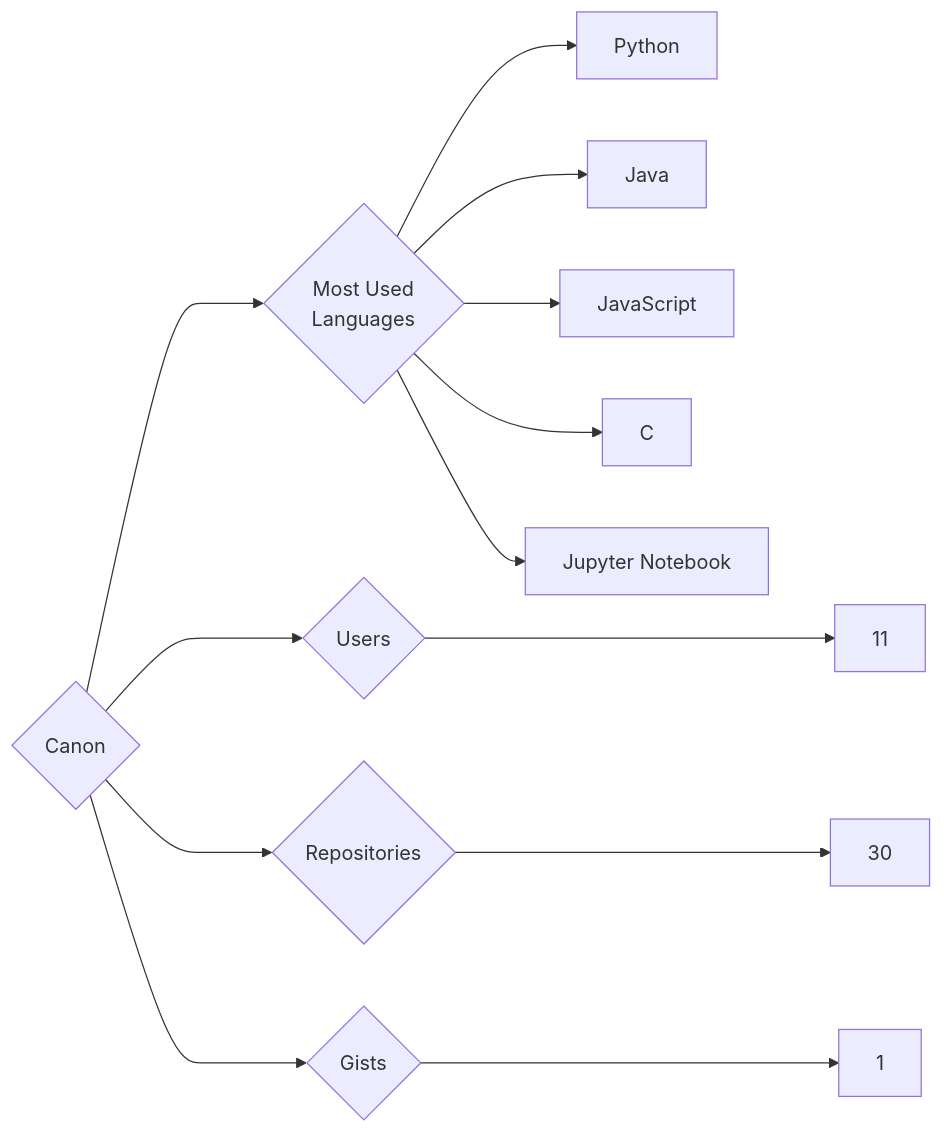
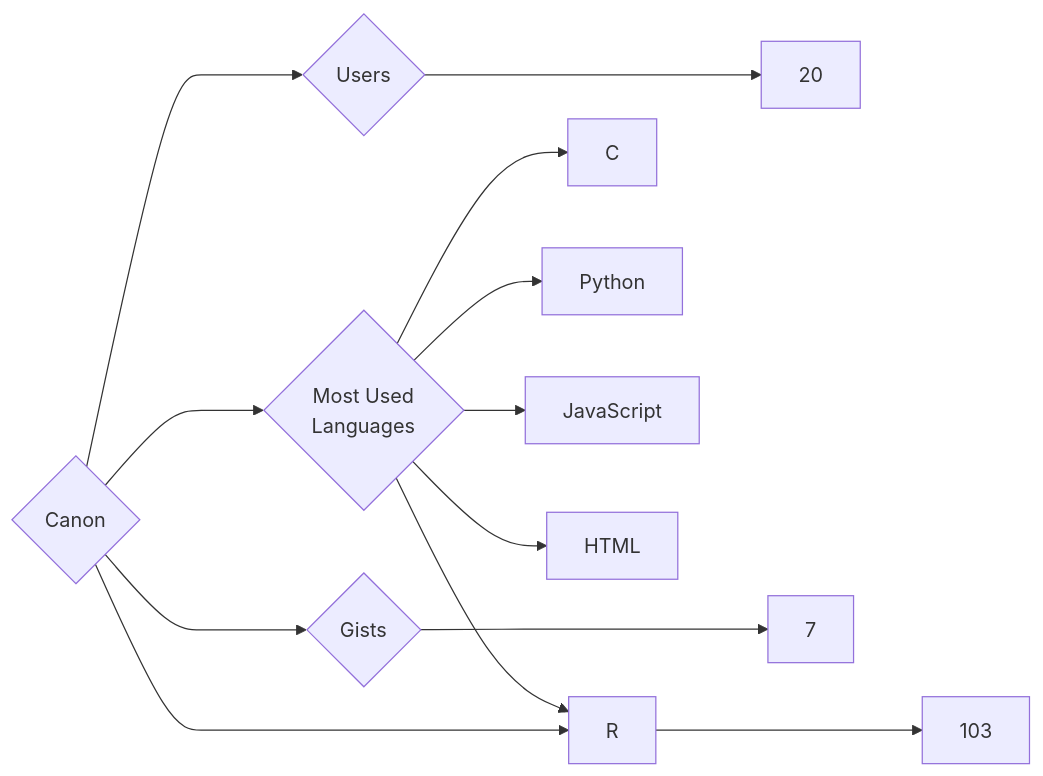
The diagram in targets/Canon/README.md (trickest/insiders), drawn with Mermaid before and after one commit. The commit also changed 900 other files, not shown here.

````diff
--- a/targets/Canon/README.md
+++ b/targets/Canon/README.md
@@ -3,13 +3,13 @@
 ```mermaid
 graph LR
 COMPANY_NAME{Canon}
-COMPANY_NAME ---> U{Users} ---> UN[11]
-COMPANY_NAME ---> R{Repositories} ---> RN[30]
-COMPANY_NAME ---> G{Gists} ---> GN[1]
+COMPANY_NAME ---> U{Users} ---> UN[20]
+COMPANY_NAME ---> R{Repositories} ---> RN[103]
+COMPANY_NAME ---> G{Gists} ---> GN[7]
 COMPANY_NAME ---> ML{Most Used<br>Languages}
+ML --> C[C]
 ML --> Python[Python]
-ML --> Java[Java]
 ML --> JavaScript[JavaScript]
-ML --> C[C]
-ML --> Jupyter_Notebook[Jupyter Notebook]
+ML --> R[R]
+ML --> HTML[HTML]
 ```
````
